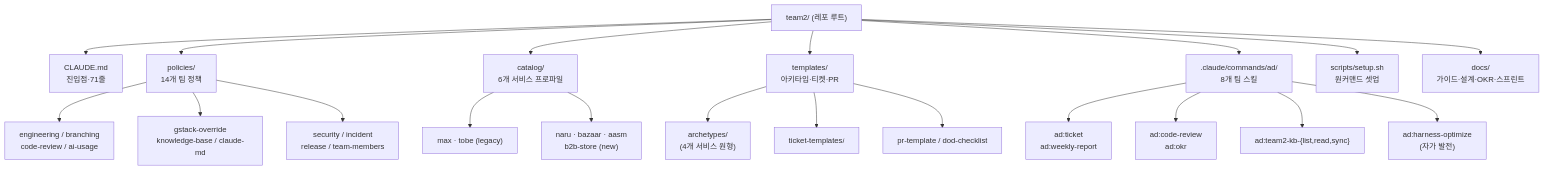
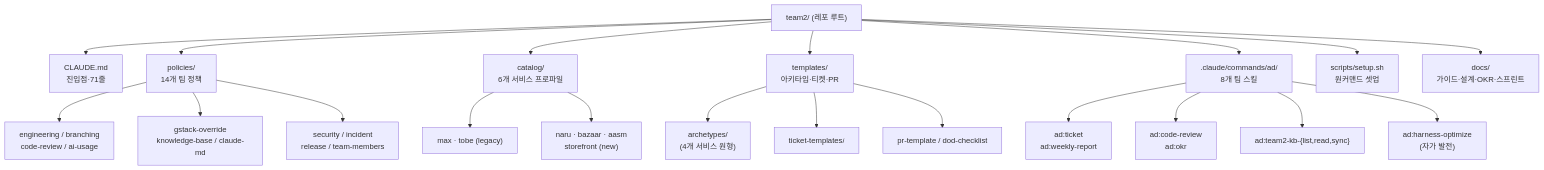
Before and after one commit to jmkim-aladin/team2-harness: the first of 8 diagrams in docs/team-harness-design.md, drawn with Mermaid. The commit also changed 7 other files, not shown here.

First line of the commit message:
catalog: b2b-store → storefront 명칭 통일

````diff
--- a/docs/team-harness-design.md
+++ b/docs/team-harness-design.md
@@ -40,26 +40,26 @@
 ```mermaid
 graph TD
     Root["team2/ (레포 루트)"] --> CLAUDE["CLAUDE.md<br/>진입점·71줄"]
     Root --> Policies["policies/<br/>14개 팀 정책"]
     Root --> Catalog["catalog/<br/>6개 서비스 프로파일"]
     Root --> Templates["templates/<br/>아키타입·티켓·PR"]
     Root --> Skills[".claude/commands/ad/<br/>8개 팀 스킬"]
     Root --> Scripts["scripts/setup.sh<br/>원커맨드 셋업"]
     Root --> Docs["docs/<br/>가이드·설계·OKR·스프린트"]
 
     Policies --> P1["engineering / branching<br/>code-review / ai-usage"]
     Policies --> P2["gstack-override<br/>knowledge-base / claude-md"]
     Policies --> P3["security / incident<br/>release / team-members"]
 
     Catalog --> C1["max · tobe (legacy)"]
-    Catalog --> C2["naru · bazaar · aasm<br/>b2b-store (new)"]
+    Catalog --> C2["naru · bazaar · aasm<br/>storefront (new)"]
 
     Templates --> T1["archetypes/<br/>(4개 서비스 원형)"]
     Templates --> T2["ticket-templates/"]
     Templates --> T3["pr-template / dod-checklist"]
 
     Skills --> S1["ad:ticket<br/>ad:weekly-report"]
     Skills --> S2["ad:code-review<br/>ad:okr"]
     Skills --> S3["ad:team2-kb-{list,read,sync}"]
     Skills --> S4["ad:harness-optimize<br/>(자가 발전)"]
 ```
````
